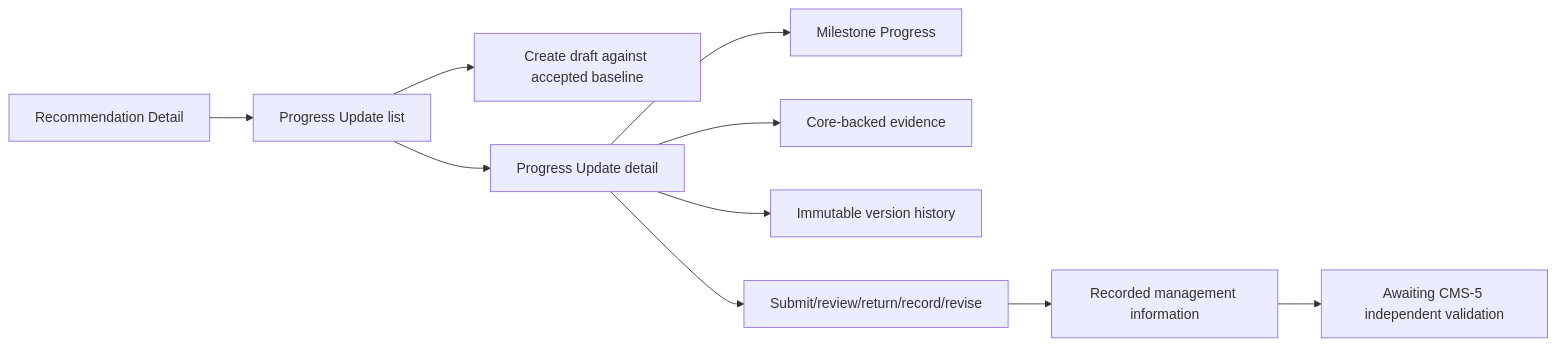
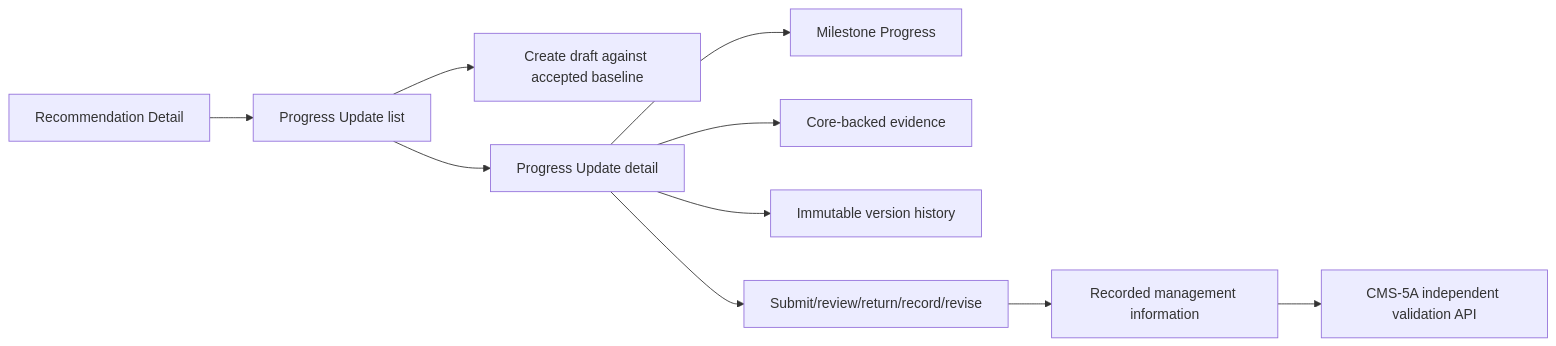
Before and after one commit to kgdacalosciascdo/agis-wireframe: diagram 20 of 20 in docs/SYSTEM_FLOW.md, drawn with Mermaid. The commit also changed other lines of this file and 50 other files, not shown here.

Commit message:
Implement CMS-5A independent validation backend

````diff
--- a/docs/SYSTEM_FLOW.md
+++ b/docs/SYSTEM_FLOW.md
@@ -732,12 +769,12 @@
 ```mermaid
 flowchart LR
     D[Recommendation Detail] --> L[Progress Update list]
     L --> C[Create draft against accepted baseline]
     L --> V[Progress Update detail]
     V --> M[Milestone Progress]
     V --> E[Core-backed evidence]
     V --> H[Immutable version history]
     V --> W[Submit/review/return/record/revise]
     W --> R[Recorded management information]
-    R --> N[Awaiting CMS-5 independent validation]
+    R --> N[CMS-5A independent validation API]
 ```
````
